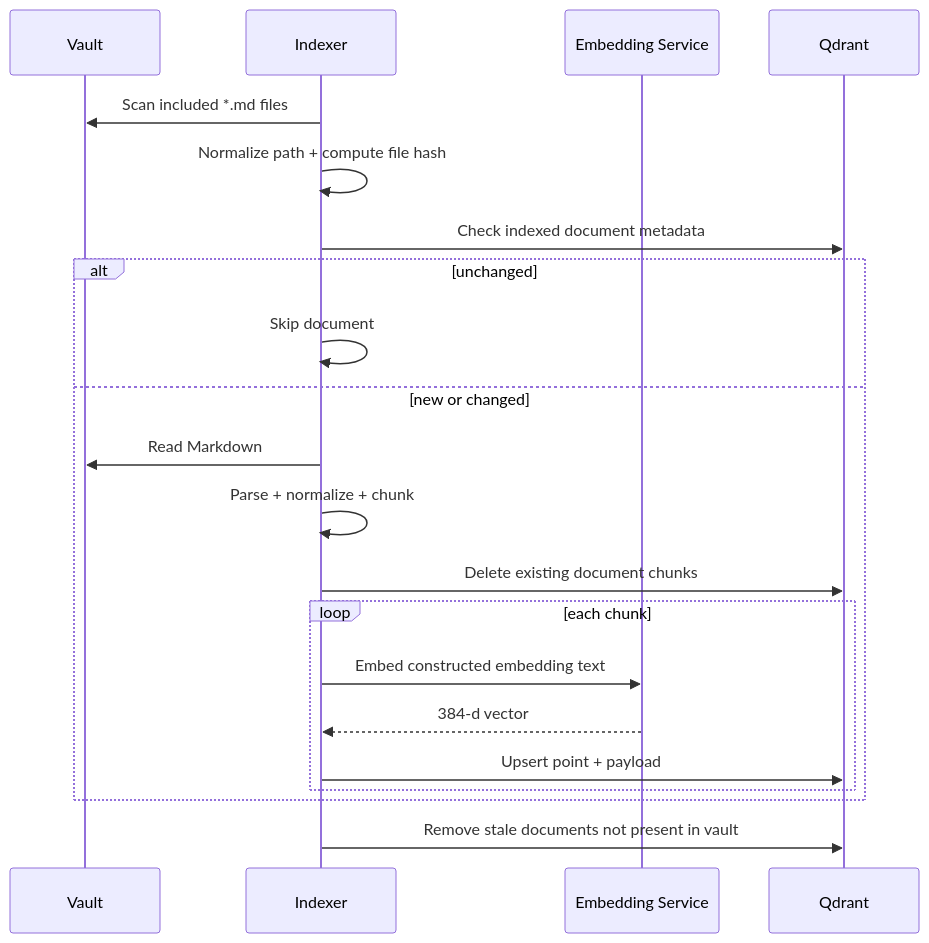
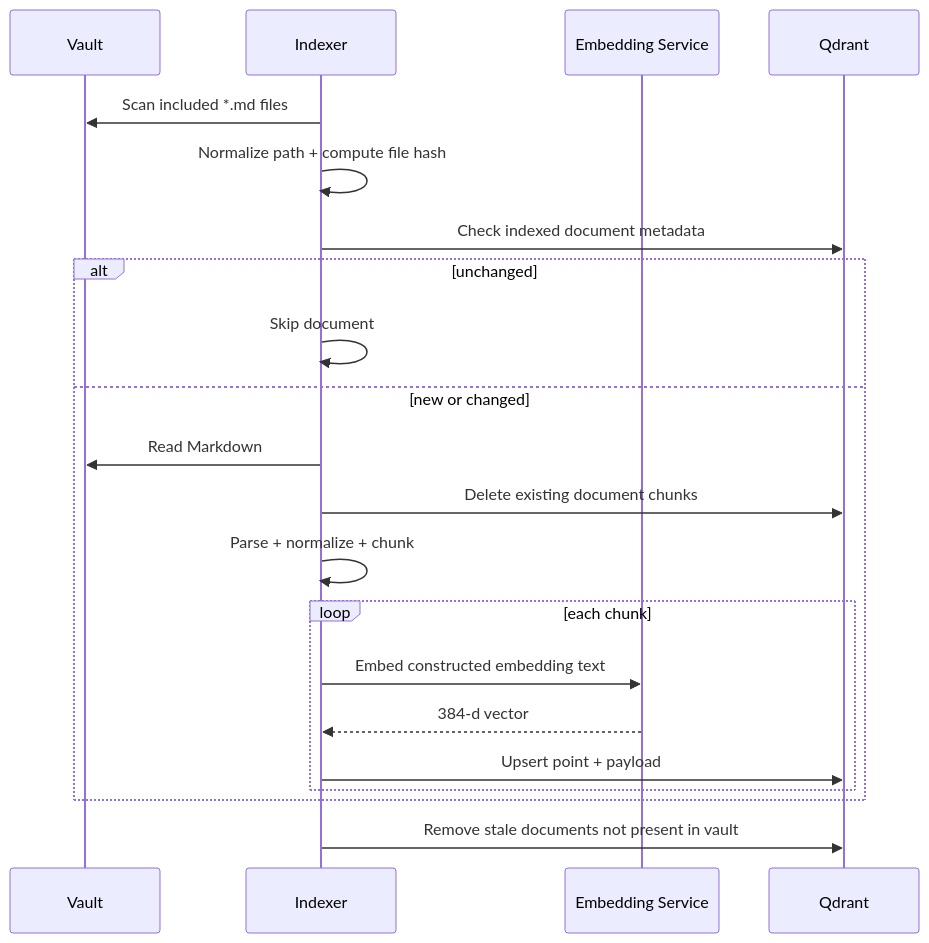
The third of 4 diagrams in docs/01-solution-architecture.md (aaronolds/obsidian-vector-db), drawn with Mermaid before and after one commit. The commit also changed other lines of this file and 24 other files, not shown here.

````diff
--- a/docs/01-solution-architecture.md
+++ b/docs/01-solution-architecture.md
@@ -186,26 +186,26 @@
 ```mermaid
 sequenceDiagram
     participant V as Vault
     participant I as Indexer
     participant E as Embedding Service
     participant Q as Qdrant
 
     I->>V: Scan included *.md files
     I->>I: Normalize path + compute file hash
     I->>Q: Check indexed document metadata
 
     alt unchanged
         I->>I: Skip document
     else new or changed
         I->>V: Read Markdown
+        I->>Q: Delete existing document chunks
         I->>I: Parse + normalize + chunk
-        I->>Q: Delete existing document chunks
         loop each chunk
             I->>E: Embed constructed embedding text
             E-->>I: 384-d vector
             I->>Q: Upsert point + payload
         end
     end
 
     I->>Q: Remove stale documents not present in vault
 ```
````
